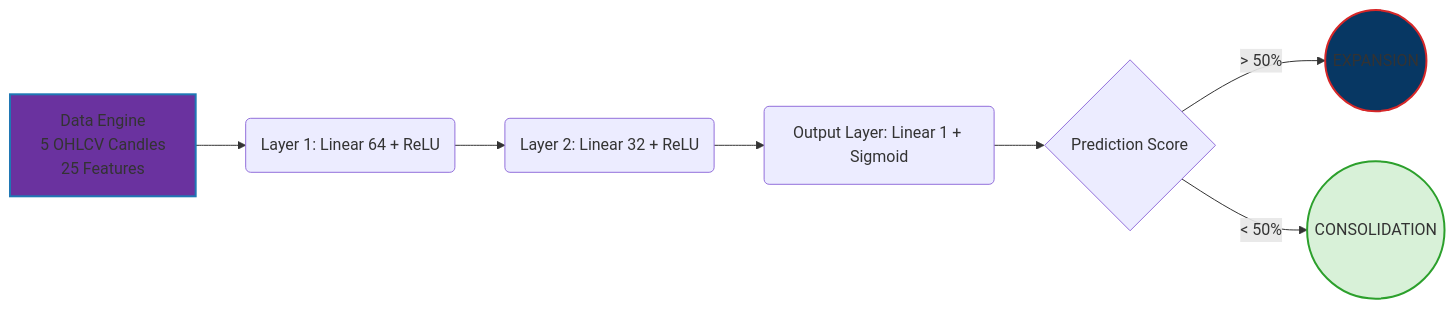
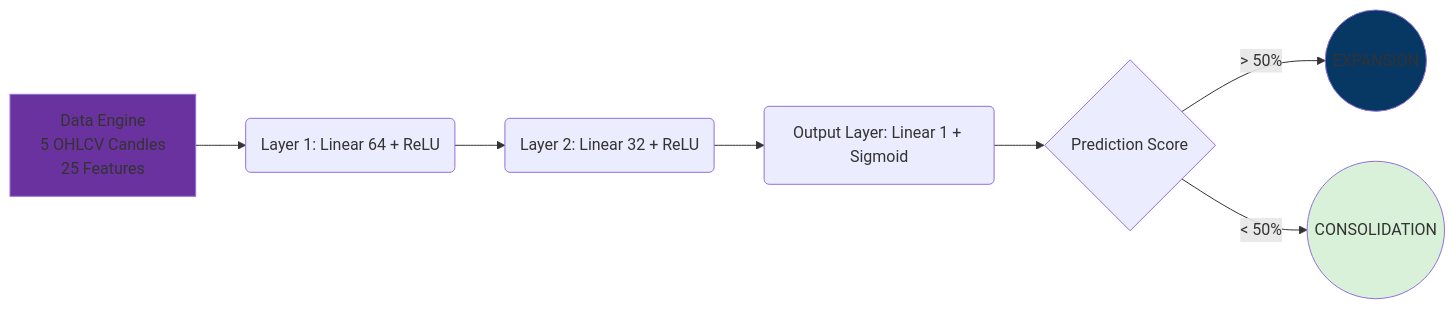
The diagram in README.md (PotatoCodez127/omni-volatility-classifier), drawn with Mermaid before and after one commit.

````diff
--- a/README.md
+++ b/README.md
@@ -9,13 +9,13 @@
 ```mermaid
 graph LR
     A[Data Engine<br/>5 OHLCV Candles<br/>25 Features] --> B(Layer 1: Linear 64 + ReLU)
     B --> C(Layer 2: Linear 32 + ReLU)
     C --> D(Output Layer: Linear 1 + Sigmoid)
     D --> E{Prediction Score}
     E -->|> 50%| F((EXPANSION))
     E -->|< 50%| G((CONSOLIDATION))
     
-    style A fill:#6a329f,stroke:#1f77b4,stroke-width:2px
-    style F fill:#073763,stroke:#d62728,stroke-width:2px
-    style G fill:#d8f1d8,stroke:#2ca02c,stroke-width:2px
+    style A fill:#6a329f
+    style F fill:#073763
+    style G fill:#d8f1d8
 ```
````
